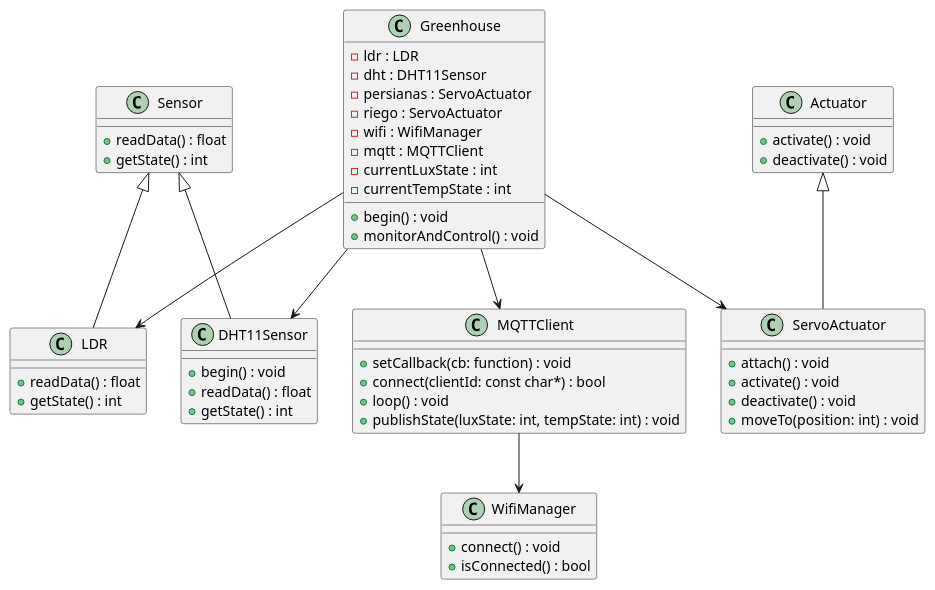
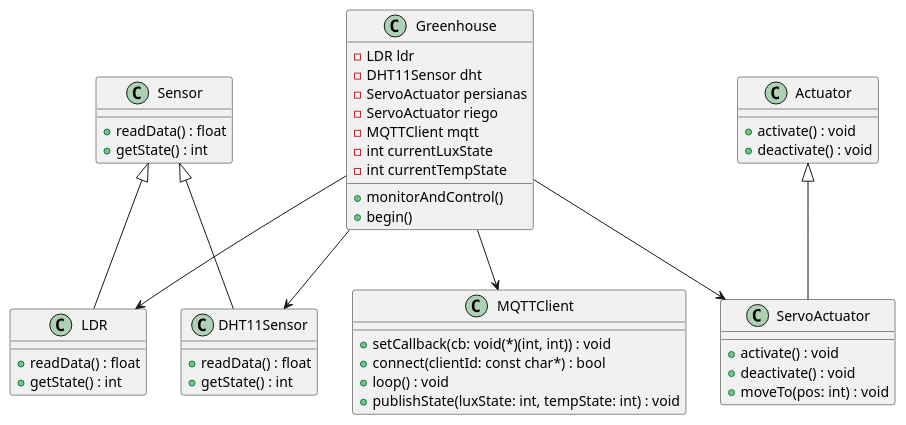
Before and after one commit to Focus0Wizard/greenhouse_project: the diagram in diagrams/structure.puml, drawn with PlantUML.

Commit message:
remove WifiManager class

```diff
--- a/diagrams/structure.puml
+++ b/diagrams/structure.puml
@@ -1,66 +1,51 @@
 @startuml
-
 class Greenhouse {
-  -ldr : LDR
-  -dht : DHT11Sensor
-  -persianas : ServoActuator
-  -riego : ServoActuator
-  -wifi : WifiManager
-  -mqtt : MQTTClient
-  -currentLuxState : int
-  -currentTempState : int
-  +begin() : void
-  +monitorAndControl() : void
+  - LDR ldr
+  - DHT11Sensor dht
+  - ServoActuator persianas
+  - ServoActuator riego
+  - MQTTClient mqtt
+  - int currentLuxState
+  - int currentTempState
+  + monitorAndControl()
+  + begin()
 }
 
 class Sensor {
-  +readData() : float
-  +getState() : int
+  + readData() : float
+  + getState() : int
 }
 
-class LDR {
-  +readData() : float
-  +getState() : int
+class LDR extends Sensor {
+  + readData() : float
+  + getState() : int
 }
 
-class DHT11Sensor {
-  +begin() : void
-  +readData() : float
-  +getState() : int
+class DHT11Sensor extends Sensor {
+  + readData() : float
+  + getState() : int
 }
 
 class Actuator {
-  +activate() : void
-  +deactivate() : void
+  + activate() : void
+  + deactivate() : void
 }
 
-class ServoActuator {
-  +attach() : void
-  +activate() : void
-  +deactivate() : void
-  +moveTo(position: int) : void
-}
-
-class WifiManager {
-  +connect() : void
-  +isConnected() : bool
+class ServoActuator extends Actuator {
+  + activate() : void
+  + deactivate() : void
+  + moveTo(pos: int) : void
 }
 
 class MQTTClient {
-  +setCallback(cb: function) : void
-  +connect(clientId: const char*) : bool
-  +loop() : void
-  +publishState(luxState: int, tempState: int) : void
+  + setCallback(cb: void(*)(int, int)) : void
+  + connect(clientId: const char*) : bool
+  + loop() : void
+  + publishState(luxState: int, tempState: int) : void
 }
-
-Sensor <|-- LDR
-Sensor <|-- DHT11Sensor
-Actuator <|-- ServoActuator
 
 Greenhouse --> LDR
 Greenhouse --> DHT11Sensor
-Greenhouse --> ServoActuator
-MQTTClient --> WifiManager
+Greenhouse --> ServoActuator 
 Greenhouse --> MQTTClient
-
 @enduml
```
